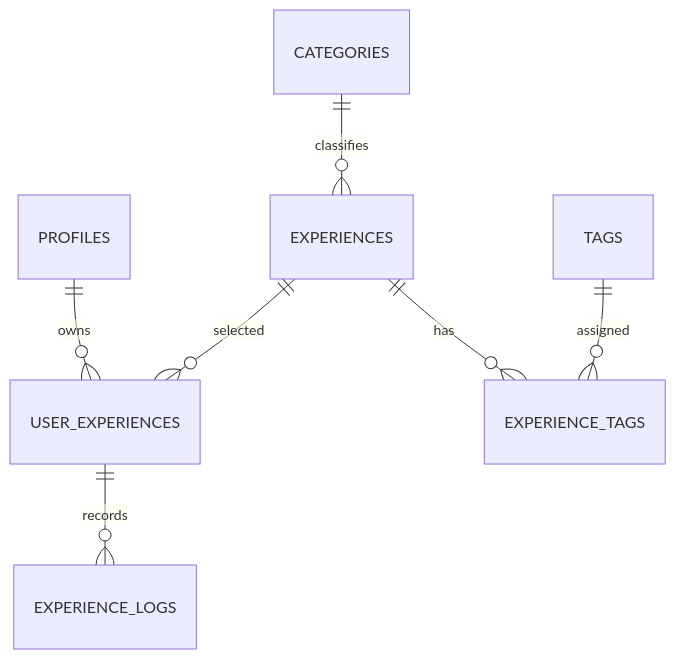
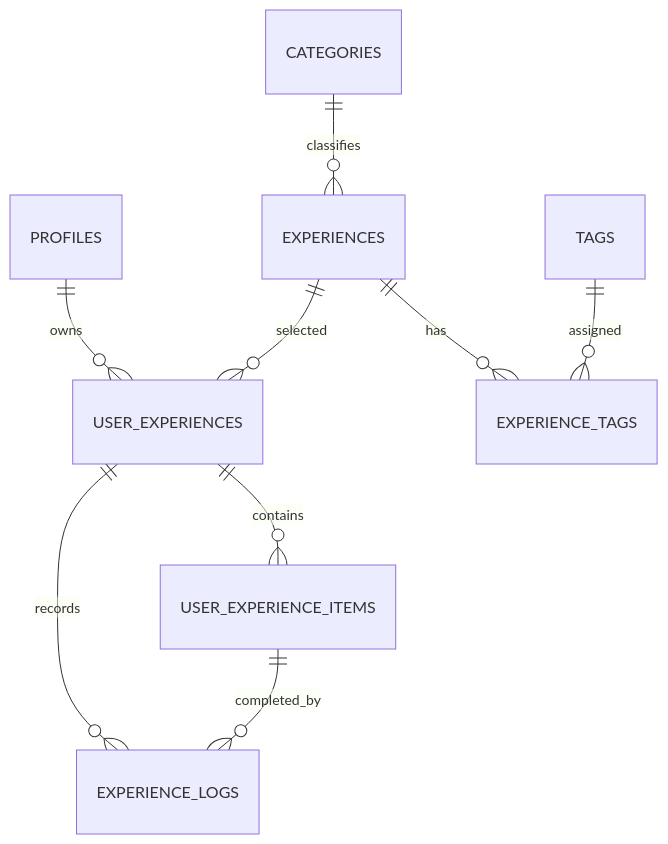
One commit to asbepartners/mitaiken changed the diagram in docs/database-design.md. Above: the diagram before and after it, drawn with Mermaid. The commit also changed other lines of this file and 4 other files, not shown here.

````diff
--- a/docs/database-design.md
+++ b/docs/database-design.md
@@ -17,9 +21,11 @@
 ```mermaid
 erDiagram
     PROFILES ||--o{ USER_EXPERIENCES : owns
     CATEGORIES ||--o{ EXPERIENCES : classifies
     EXPERIENCES ||--o{ USER_EXPERIENCES : selected
     EXPERIENCES ||--o{ EXPERIENCE_TAGS : has
     TAGS ||--o{ EXPERIENCE_TAGS : assigned
     USER_EXPERIENCES ||--o{ EXPERIENCE_LOGS : records
+    USER_EXPERIENCES ||--o{ USER_EXPERIENCE_ITEMS : contains
+    USER_EXPERIENCE_ITEMS ||--o{ EXPERIENCE_LOGS : completed_by
 ```
````
